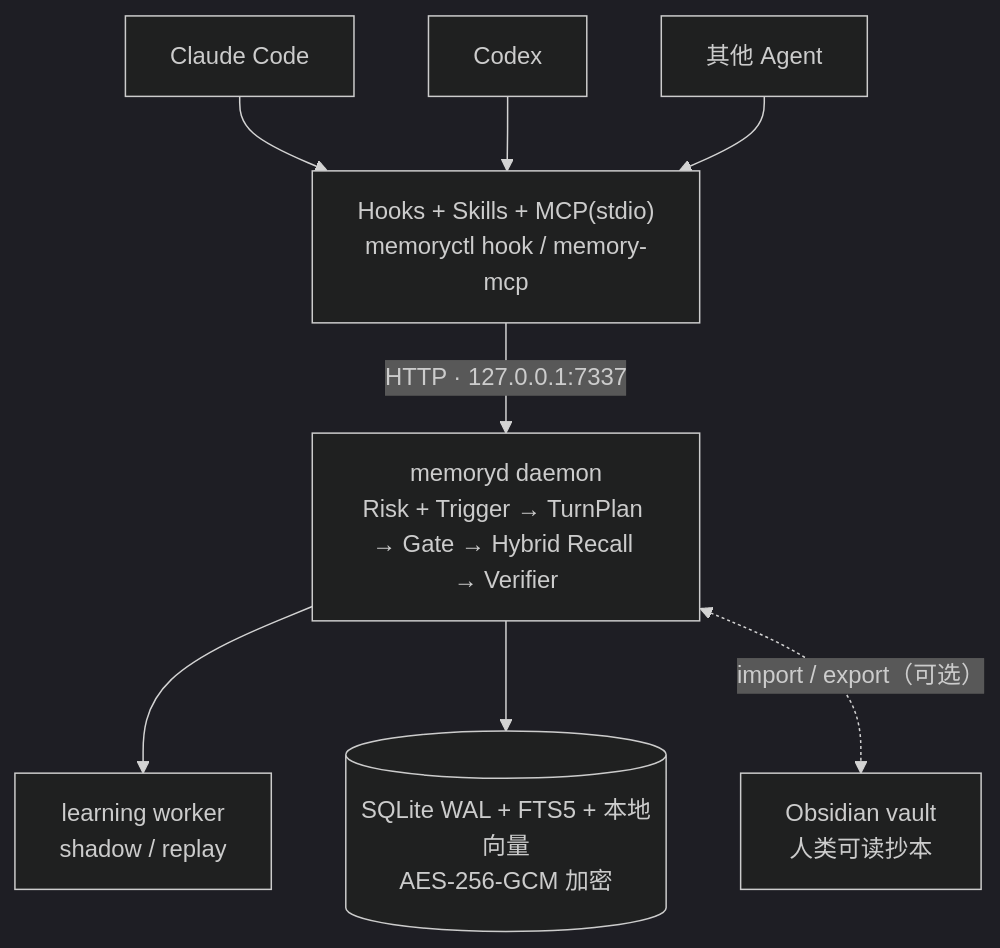
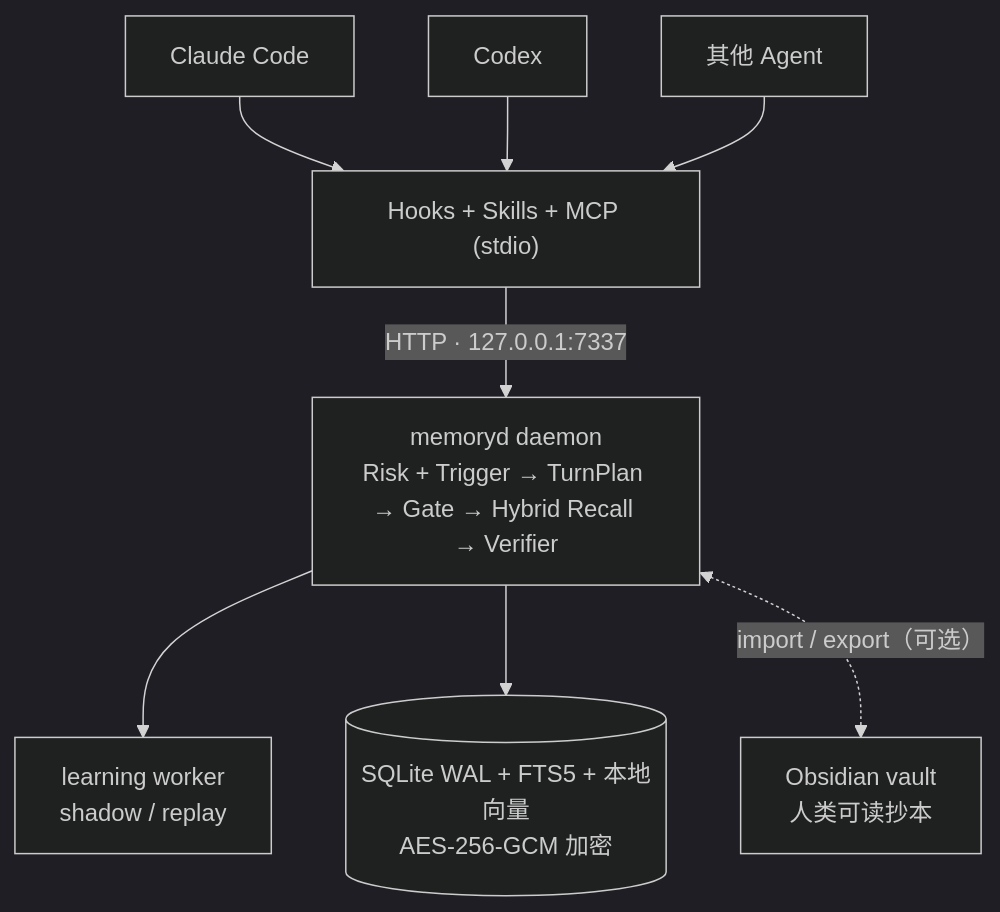
The third of 3 diagrams in README.md (MattSureham/memoryd), drawn with Mermaid (dark theme) before and after one commit. The commit also changed other lines of this file and 1 other file, not shown here.

Commit message:
docs: fix mermaid layout issues found in visual review
Rendered all six diagrams headlessly and found the three-layer memory
chart laying out as a cramped horizontal row (unconnected nodes) and
the hook label wrapping mid-command; stack the layers vertically and
simplify the label.

````diff
--- a/README.md
+++ b/README.md
@@ -90,8 +91,8 @@
 ```mermaid
 flowchart TD
-    CC["Claude Code"] & CX["Codex"] & AG["其他 Agent"] --> HK["Hooks + Skills + MCP(stdio)<br/>memoryctl hook / memory-mcp"]
+    CC["Claude Code"] & CX["Codex"] & AG["其他 Agent"] --> HK["Hooks + Skills + MCP (stdio)"]
     HK -->|"HTTP · 127.0.0.1:7337"| D["memoryd daemon<br/>Risk + Trigger → TurnPlan → Gate → Hybrid Recall → Verifier"]
     D --> LW["learning worker<br/>shadow / replay"]
     D --> DB[("SQLite WAL + FTS5 + 本地向量<br/>AES-256-GCM 加密")]
     D <-.->|"import / export（可选）"| OB["Obsidian vault<br/>人类可读抄本"]
 ```
````
